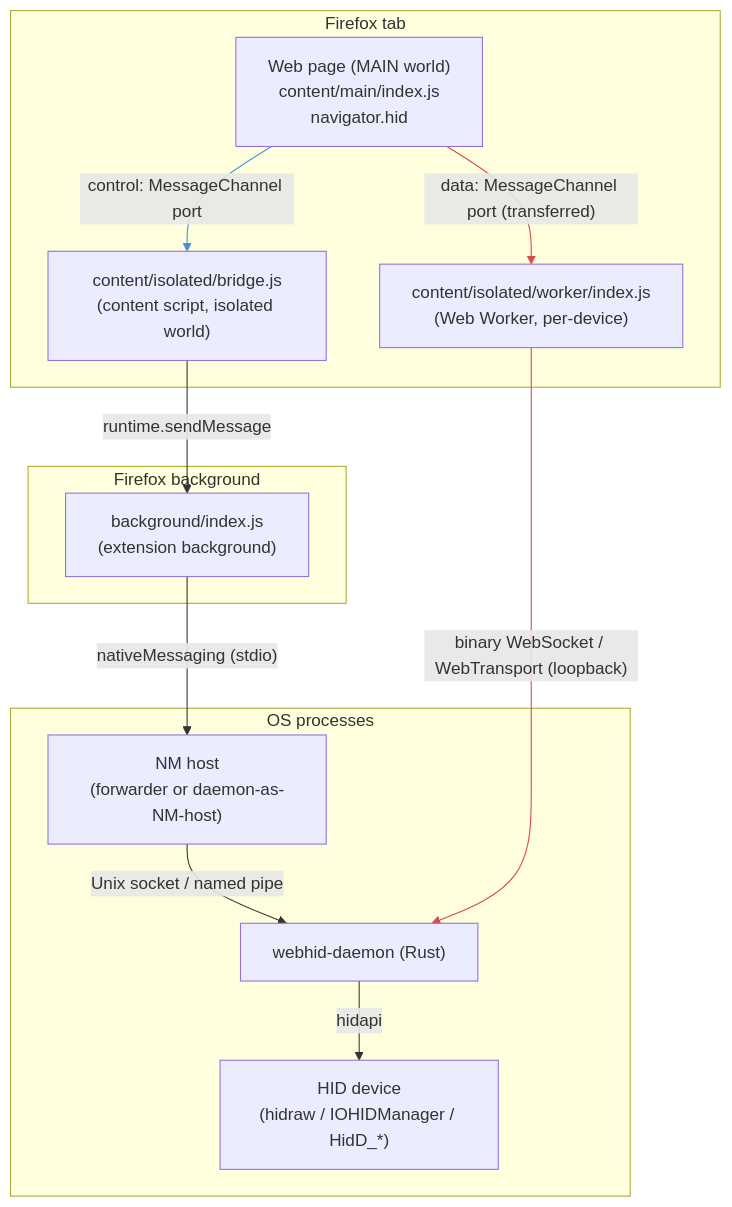
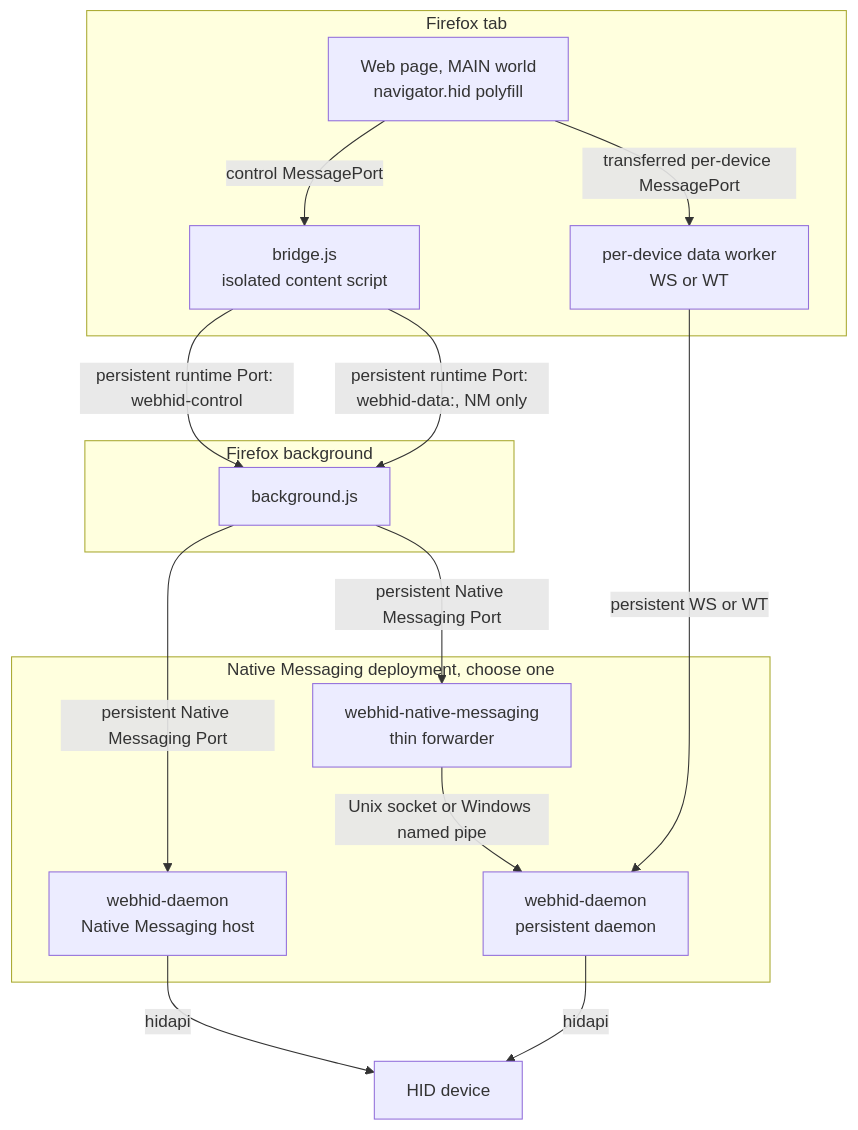
Before and after one commit to K4zoku/FF-WebHID: the first of 6 diagrams in docs/ARCHITECTURE.md, drawn with Mermaid. The commit also changed other lines of this file and 4 other files, not shown here.

````diff
--- a/docs/ARCHITECTURE.md
+++ b/docs/ARCHITECTURE.md
@@ -5,30 +5,31 @@
 ```mermaid
 graph TB
     subgraph "Firefox tab"
-        Page["Web page (MAIN world)<br/>content/main/index.js<br/>navigator.hid"]
-        Bridge["content/isolated/bridge.js<br/>(content script, isolated world)"]
-        Worker["content/isolated/worker/index.js<br/>(Web Worker, per-device)"]
+        Page["Web page, MAIN world<br/>navigator.hid polyfill"]
+        Bridge["bridge.js<br/>isolated content script"]
+        Worker["per-device data worker<br/>WS or WT"]
     end
 
     subgraph "Firefox background"
-        BG["background/index.js<br/>(extension background)"]
+        BG["background.js"]
     end
 
-    subgraph "OS processes"
-        NM["NM host<br/>(forwarder or daemon-as-NM-host)"]
-        Daemon["webhid-daemon (Rust)"]
-        HID["HID device<br/>(hidraw / IOHIDManager / HidD_*)"]
+    subgraph "Native Messaging deployment, choose one"
+        Direct["webhid-daemon<br/>Native Messaging host"]
+        Forwarder["webhid-native-messaging<br/>thin forwarder"]
+        Daemon["webhid-daemon<br/>persistent daemon"]
     end
 
-    Page -- "control: MessageChannel port" --> Bridge
-    Page -- "data: MessageChannel port (transferred)" --> Worker
-    Bridge -- "runtime.sendMessage" --> BG
-    BG -- "nativeMessaging (stdio)" --> NM
-    NM -- "Unix socket / named pipe" --> Daemon
-    Worker -- "binary WebSocket / WebTransport (loopback)" --> Daemon
+    HID["HID device"]
+
+    Page -- "control MessagePort" --> Bridge
+    Bridge -- "persistent runtime Port: webhid-control" --> BG
+    Page -- "transferred per-device MessagePort" --> Worker
+    Bridge -- "persistent runtime Port: webhid-data:<deviceId>, NM only" --> BG
+    Worker -- "persistent WS or WT" --> Daemon
+    BG -- "persistent Native Messaging Port" --> Direct
+    BG -- "persistent Native Messaging Port" --> Forwarder
+    Forwarder -- "Unix socket or Windows named pipe" --> Daemon
+    Direct -- "hidapi" --> HID
     Daemon -- "hidapi" --> HID
-
-    linkStyle 0 stroke:#4a90d9
-    linkStyle 1 stroke:#d94a4a
-    linkStyle 5 stroke:#d94a4a
 ```
````
